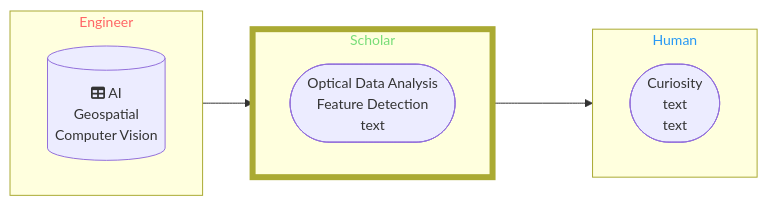
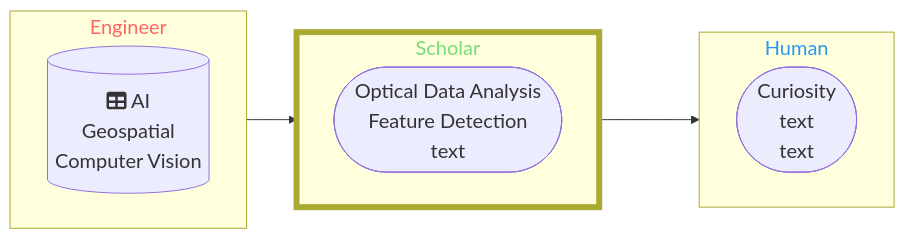
The first of 2 diagrams in README.md (DippoldEJ/DippoldEJ), drawn with Mermaid before and after one commit. The commit also changed other lines of this file, not shown here.

````diff
--- a/README.md
+++ b/README.md
@@ -3,33 +3,33 @@
 ```mermaid
 flowchart LR;
 %%{init: {
-	'themeVariables': { 'fontSize': '14px', 'fontFamily': 'Didot'}
+	'themeVariables': { 'fontSize': '20px', 'fontFamily': 'Didot'}
 	}
 }%%
 
 subgraph n[Engineer]
 direction LR;
         b[(fa:fa-table AI <br> Geospatial <br> Computer Vision)]
     end
 
 subgraph o[Scholar]
 direction LR;
         j([Optical Data Analysis <br> Feature Detection <br> text])
 
     end
 
  subgraph p[Human]
   direction LR;
     a([Curiosity <br /> text  <br />  text])
     end
 
 style n color:#f66
 style o stroke-width:6px
 style o color:#77DD77
 style p color:#2798F5
 
 
 n-->o
 o-->p
 
 ```
````
